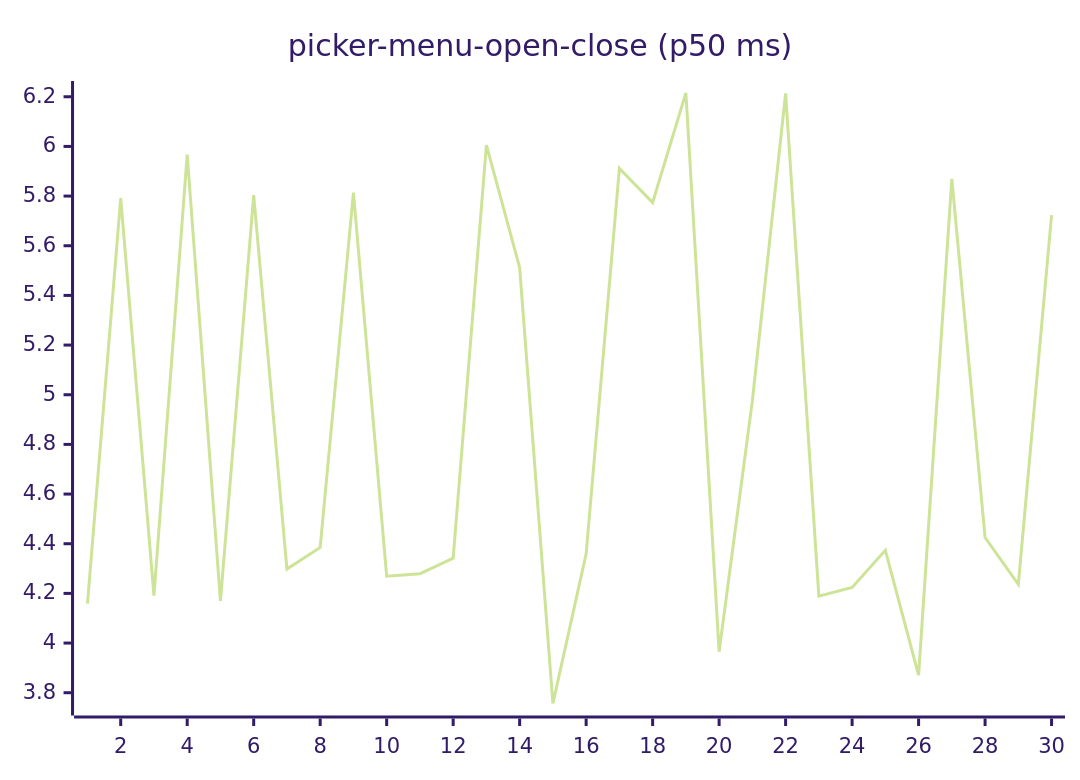
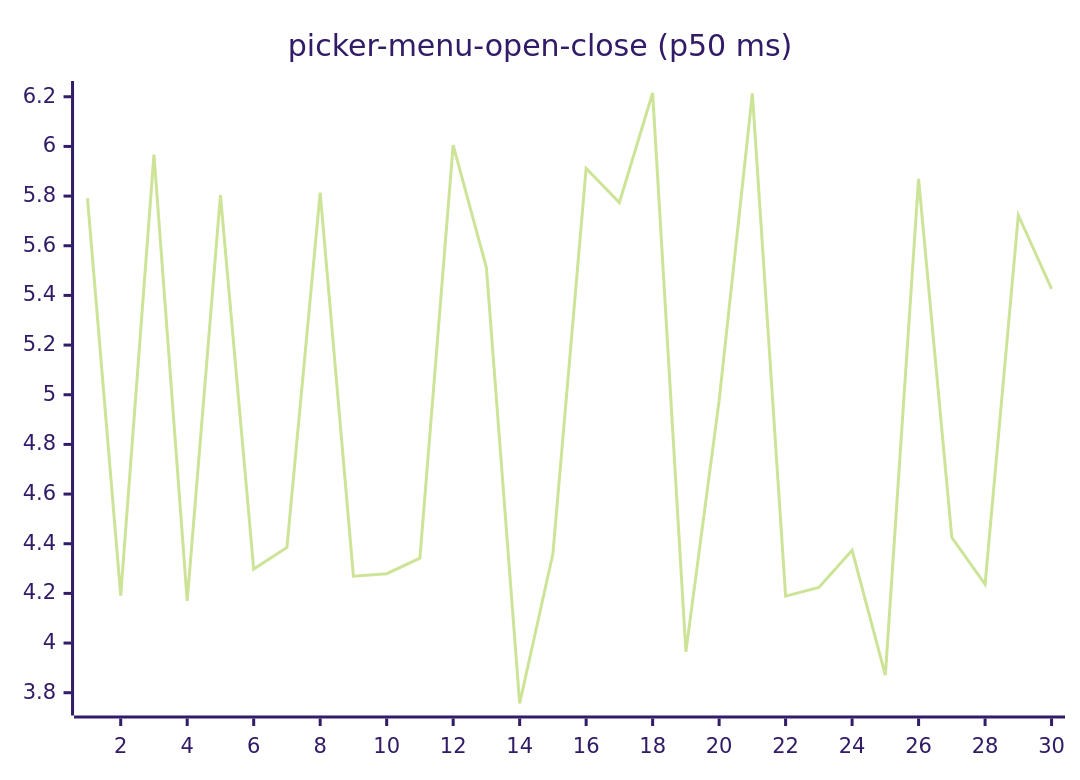
Diagram 16 of 27 in README.md (josha/Facet), drawn with Mermaid (forest theme) before and after one commit. The commit also changed other lines of this file and 2 other files, not shown here.

````diff
--- a/README.md
+++ b/README.md
@@ -168,6 +168,6 @@
 ```mermaid
 xychart-beta
     title "picker-menu-open-close (p50 ms)"
     x-axis 1 --> 30
-    line [4.1591, 5.7919, 4.1912, 5.9674, 4.1698, 5.8037, 4.2981, 4.3851, 5.8139, 4.2694, 4.2792, 4.3416, 6.0052, 5.5122, 3.7566, 4.3593, 5.9114, 5.7740, 6.2151, 3.9652, 4.9760, 6.2132, 4.1891, 4.2236, 4.3733, 3.8708, 5.8694, 4.4248, 4.2362, 5.7230]
+    line [5.7919, 4.1912, 5.9674, 4.1698, 5.8037, 4.2981, 4.3851, 5.8139, 4.2694, 4.2792, 4.3416, 6.0052, 5.5122, 3.7566, 4.3593, 5.9114, 5.7740, 6.2151, 3.9652, 4.9760, 6.2132, 4.1891, 4.2236, 4.3733, 3.8708, 5.8694, 4.4248, 4.2362, 5.7230, 5.4264]
 ```
````
